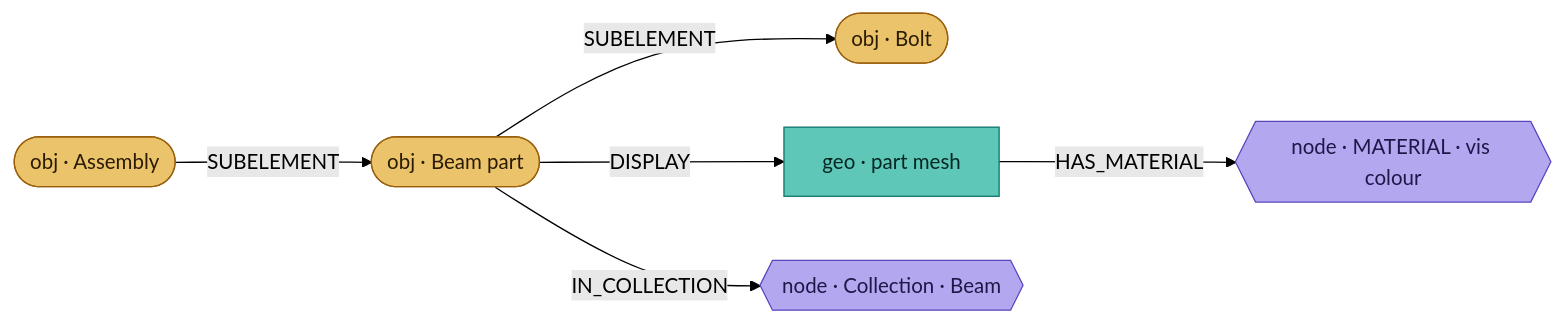
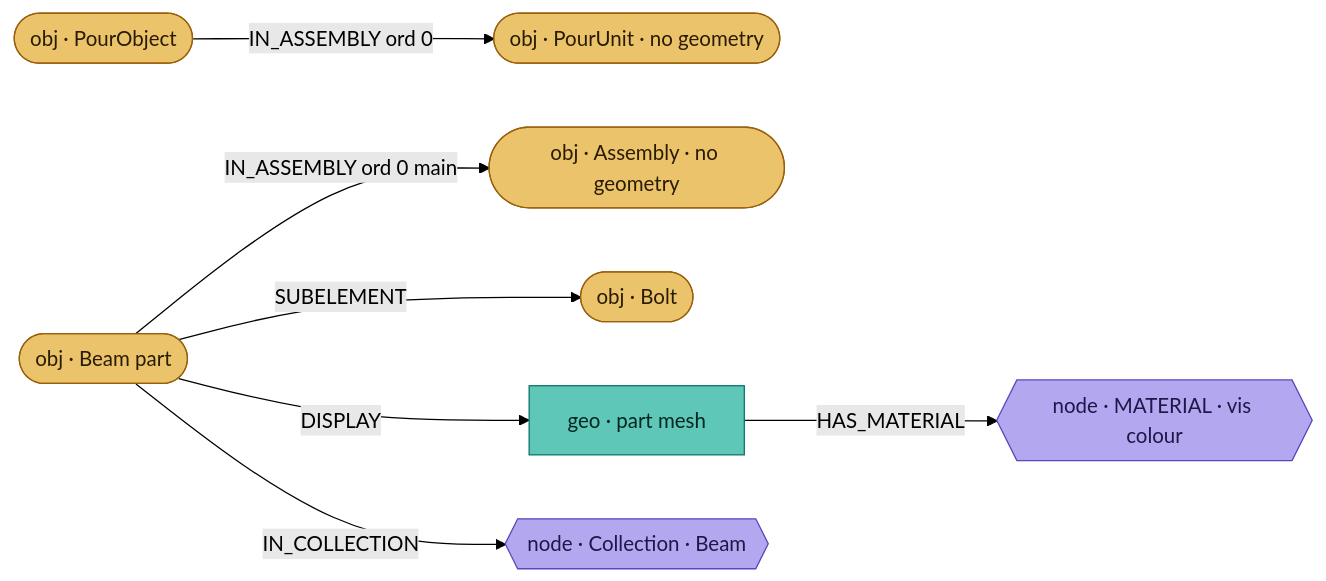
Before and after one commit to specklesystems/speckle-sharp-connectors: diagram 15 of 19 in docs/connector-relations.md, drawn with Mermaid (forest theme). The commit also changed other lines of this file and 5 other files, not shown here.

Commit message:
feat(tekla): assemblies and pour units as objects with IN_ASSEMBLY (ENG-11151)

````diff
--- a/docs/connector-relations.md
+++ b/docs/connector-relations.md
@@ -484,17 +484,20 @@
 ```mermaid
 graph LR
-  AS([obj · Assembly]):::obj
+  AS([obj · Assembly · no geometry]):::obj
+  PU([obj · PourUnit · no geometry]):::obj
+  PO([obj · PourObject]):::obj
   PT([obj · Beam part]):::obj
   BO([obj · Bolt]):::obj
   M[geo · part mesh]:::geo
   MAT{{node · MATERIAL · vis colour}}:::nd
   COL{{node · Collection · Beam}}:::nd
-  AS -->|SUBELEMENT| PT
+  PT -->|IN_ASSEMBLY ord 0 main| AS
+  PO -->|IN_ASSEMBLY ord 0| PU
   PT -->|SUBELEMENT| BO
   PT -->|DISPLAY| M
   M -->|HAS_MATERIAL| MAT
   PT -->|IN_COLLECTION| COL
   classDef obj fill:#eac36a,stroke:#9a5f0c,color:#2a1c04;
   classDef geo fill:#5fc7b8,stroke:#0a7369,color:#052723;
   classDef nd fill:#b3a8f0,stroke:#5647bd,color:#211648;
 ```
````
